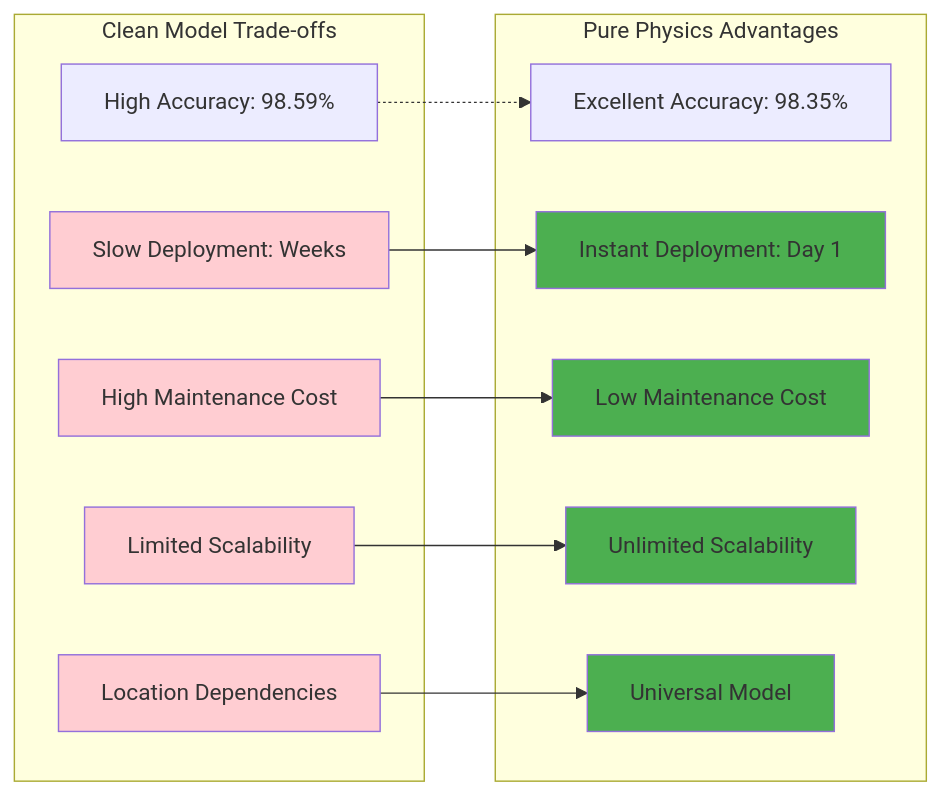
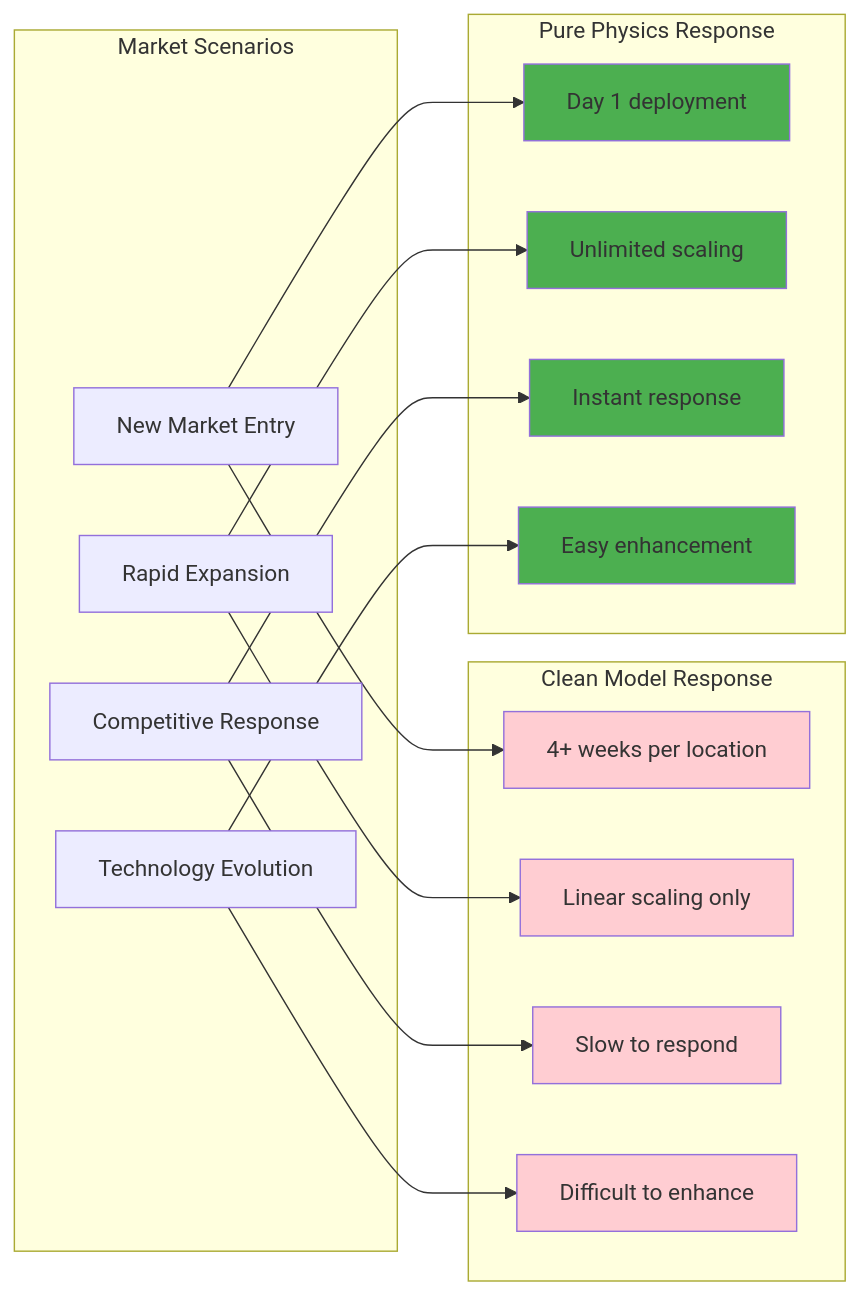
Before and after one commit to GameHelix/centipede: the ninth of 9 diagrams in physics/analyse.md, drawn with Mermaid. The commit also changed other lines of this file, not shown here.

````diff
--- a/physics/analyse.md
+++ b/physics/analyse.md
@@ -479,33 +659,41 @@
 ```mermaid
 graph LR
-    subgraph "Clean Model Trade-offs"
-        A1[High Accuracy: 98.59%]
-        A2[Slow Deployment: Weeks]
-        A3[High Maintenance Cost]
-        A4[Limited Scalability]
-        A5[Location Dependencies]
+    subgraph "Market Scenarios"
+        M1[New Market Entry]
+        M2[Rapid Expansion]
+        M3[Competitive Response]
+        M4[Technology Evolution]
     end
     
-    subgraph "Pure Physics Advantages"
-        B1[Excellent Accuracy: 98.35%]
-        B2[Instant Deployment: Day 1]
-        B3[Low Maintenance Cost]
-        B4[Unlimited Scalability]
-        B5[Universal Model]
+    subgraph "Clean Model Response"
+        C1[4+ weeks per location]
+        C2[Linear scaling only]
+        C3[Slow to respond]
+        C4[Difficult to enhance]
     end
     
-    A1 -.-> B1
-    A2 --> B2
-    A3 --> B3
-    A4 --> B4
-    A5 --> B5
+    subgraph "Pure Physics Response"
+        P1[Day 1 deployment]
+        P2[Unlimited scaling]
+        P3[Instant response]
+        P4[Easy enhancement]
+    end
     
-    style A2 fill:#ffcdd2
-    style A3 fill:#ffcdd2
-    style A4 fill:#ffcdd2
-    style A5 fill:#ffcdd2
-    style B2 fill:#4caf50
-    style B3 fill:#4caf50
-    style B4 fill:#4caf50
-    style B5 fill:#4caf50
+    M1 --> C1
+    M1 --> P1
+    M2 --> C2
+    M2 --> P2
+    M3 --> C3
+    M3 --> P3
+    M4 --> C4
+    M4 --> P4
+    
+    style C1 fill:#ffcdd2
+    style C2 fill:#ffcdd2
+    style C3 fill:#ffcdd2
+    style C4 fill:#ffcdd2
+    style P1 fill:#4caf50
+    style P2 fill:#4caf50
+    style P3 fill:#4caf50
+    style P4 fill:#4caf50
 ```
````
